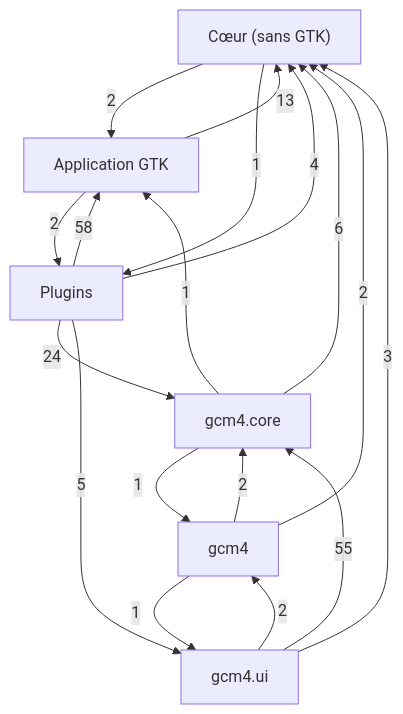
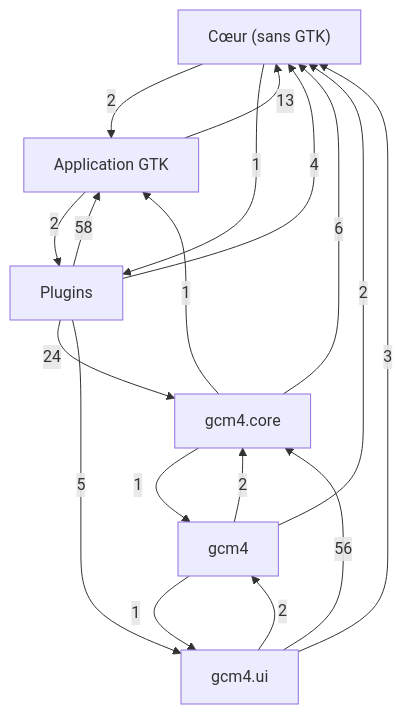
Before and after one commit to Mathilde-Team/Gcm4: the first of 7 diagrams in docs/class-diagram.md, drawn with Mermaid. The commit also changed other lines of this file and 67 other files, not shown here.

````diff
--- a/docs/class-diagram.md
+++ b/docs/class-diagram.md
@@ -21,26 +21,26 @@
 ```mermaid
 flowchart TD
     g0["Cœur (sans GTK)"]
     g1["Application GTK"]
     g2["Plugins"]
     g3["gcm4"]
     g4["gcm4.core"]
     g5["gcm4.ui"]
     g1 -->|13| g0
     g1 -->|2| g2
     g0 -->|2| g1
     g0 -->|1| g2
     g2 -->|58| g1
     g2 -->|4| g0
     g2 -->|24| g4
     g2 -->|5| g5
     g3 -->|2| g0
     g3 -->|2| g4
     g3 -->|1| g5
     g4 -->|1| g1
     g4 -->|6| g0
     g4 -->|1| g3
     g5 -->|3| g0
     g5 -->|2| g3
-    g5 -->|55| g4
+    g5 -->|56| g4
 ```
````
